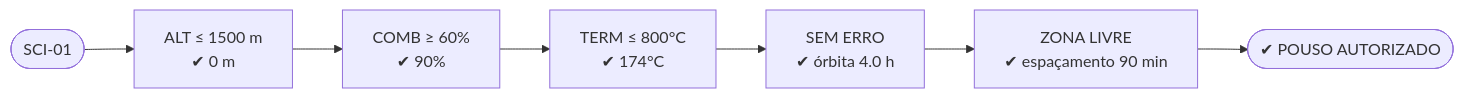
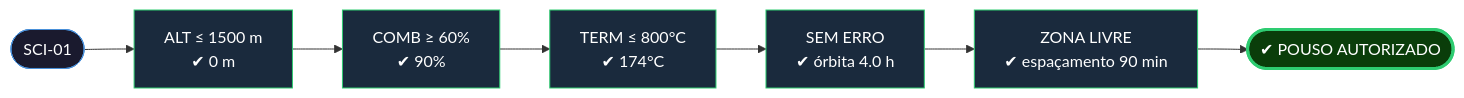
One commit to juliaramosguedes/fiap-fase-2-aurora-siger changed the sixth of 9 diagrams in README.md. Above: the diagram before and after it, drawn with Mermaid. The commit also changed other lines of this file, not shown here.

Commit message:
docs: apply space-themed color palette to all mermaid diagrams

````diff
--- a/README.md
+++ b/README.md
@@ -117,9 +162,17 @@
 ```mermaid
 flowchart LR
     A([SCI-01]) --> B["ALT ≤ 1500 m\n✔ 0 m"]
     B --> C["COMB ≥ 60%\n✔ 90%"]
     C --> D["TERM ≤ 800°C\n✔ 174°C"]
     D --> E["SEM ERRO\n✔ órbita 4.0 h"]
     E --> F["ZONA LIVRE\n✔ espaçamento 90 min"]
     F --> G([✔ POUSO AUTORIZADO])
+
+    style A fill:#1a1a2e,color:#fff,stroke:#4a90d9
+    style B fill:#1a2a3d,color:#fff,stroke:#2ecc71
+    style C fill:#1a2a3d,color:#fff,stroke:#2ecc71
+    style D fill:#1a2a3d,color:#fff,stroke:#2ecc71
+    style E fill:#1a2a3d,color:#fff,stroke:#2ecc71
+    style F fill:#1a2a3d,color:#fff,stroke:#2ecc71
+    style G fill:#0a3d0a,color:#fff,stroke:#2ecc71,stroke-width:3px
 ```
````
